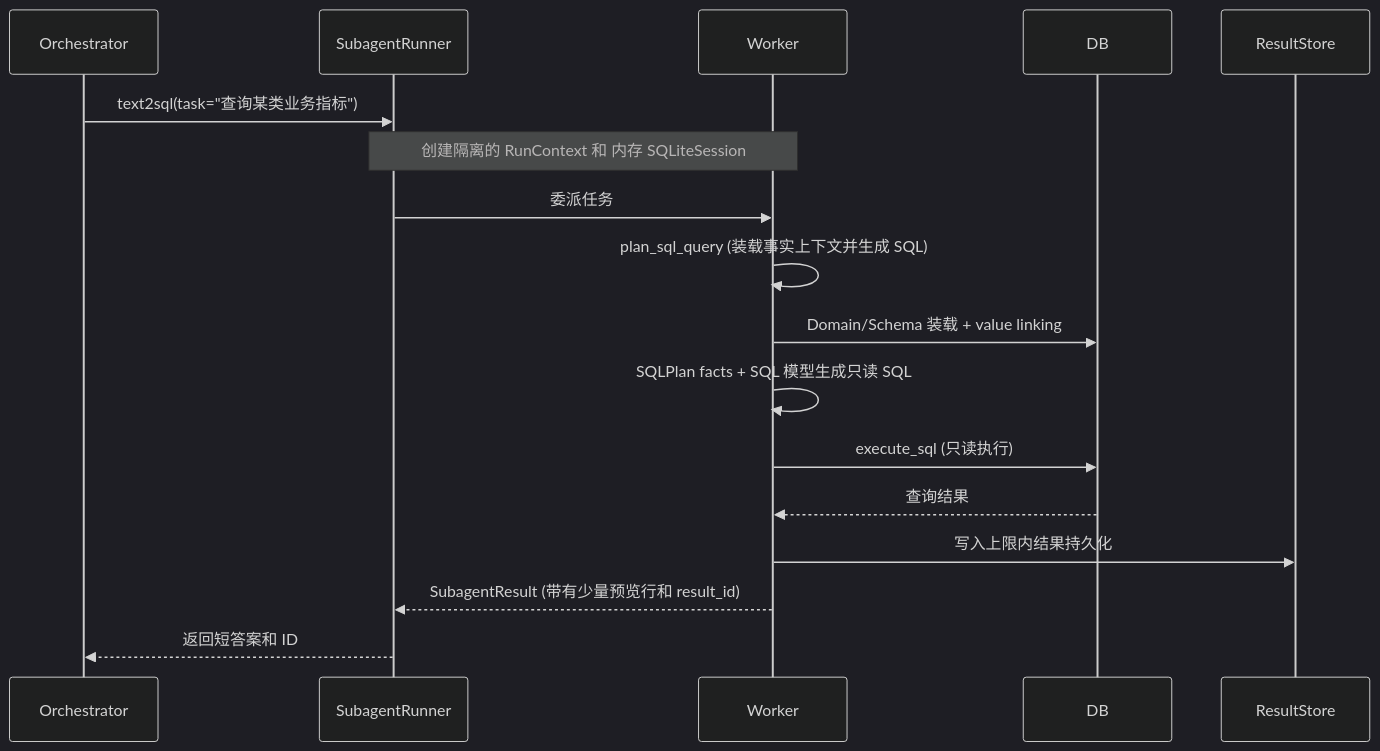
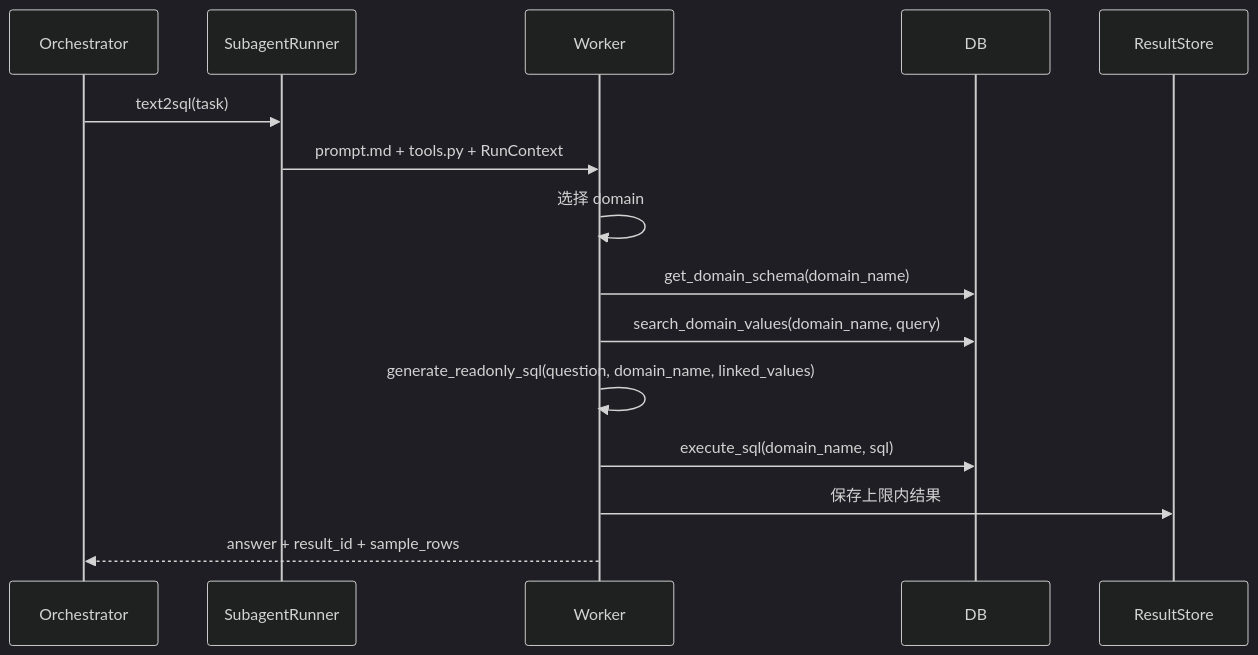
One commit to chick26/agentweave changed the diagram in docs/architecture/05-text2sql-subagent.md. Above: the diagram before and after it, drawn with Mermaid (dark theme). The commit also changed other lines of this file and 79 other files, not shown here.

````diff
--- a/docs/architecture/05-text2sql-subagent.md
+++ b/docs/architecture/05-text2sql-subagent.md
@@ -15,14 +11,12 @@
 ```mermaid
 sequenceDiagram
-    Orchestrator->>SubagentRunner: text2sql(task="查询某类业务指标")
-    Note over SubagentRunner,Worker: 创建隔离的 RunContext 和 内存 SQLiteSession
-    SubagentRunner->>Worker: 委派任务
-    Worker->>Worker: plan_sql_query (装载事实上下文并生成 SQL)
-    Worker->>DB: Domain/Schema 装载 + value linking
-    Worker->>Worker: SQLPlan facts + SQL 模型生成只读 SQL
-    Worker->>DB: execute_sql (只读执行)
-    DB-->>Worker: 查询结果
-    Worker->>ResultStore: 写入上限内结果持久化
-    Worker-->>SubagentRunner: SubagentResult (带有少量预览行和 result_id)
-    SubagentRunner-->>Orchestrator: 返回短答案和 ID
+    Orchestrator->>SubagentRunner: text2sql(task)
+    SubagentRunner->>Worker: prompt.md + tools.py + RunContext
+    Worker->>Worker: 选择 domain
+    Worker->>DB: get_domain_schema(domain_name)
+    Worker->>DB: search_domain_values(domain_name, query)
+    Worker->>Worker: generate_readonly_sql(question, domain_name, linked_values)
+    Worker->>DB: execute_sql(domain_name, sql)
+    Worker->>ResultStore: 保存上限内结果
+    Worker-->>Orchestrator: answer + result_id + sample_rows
 ```
````
